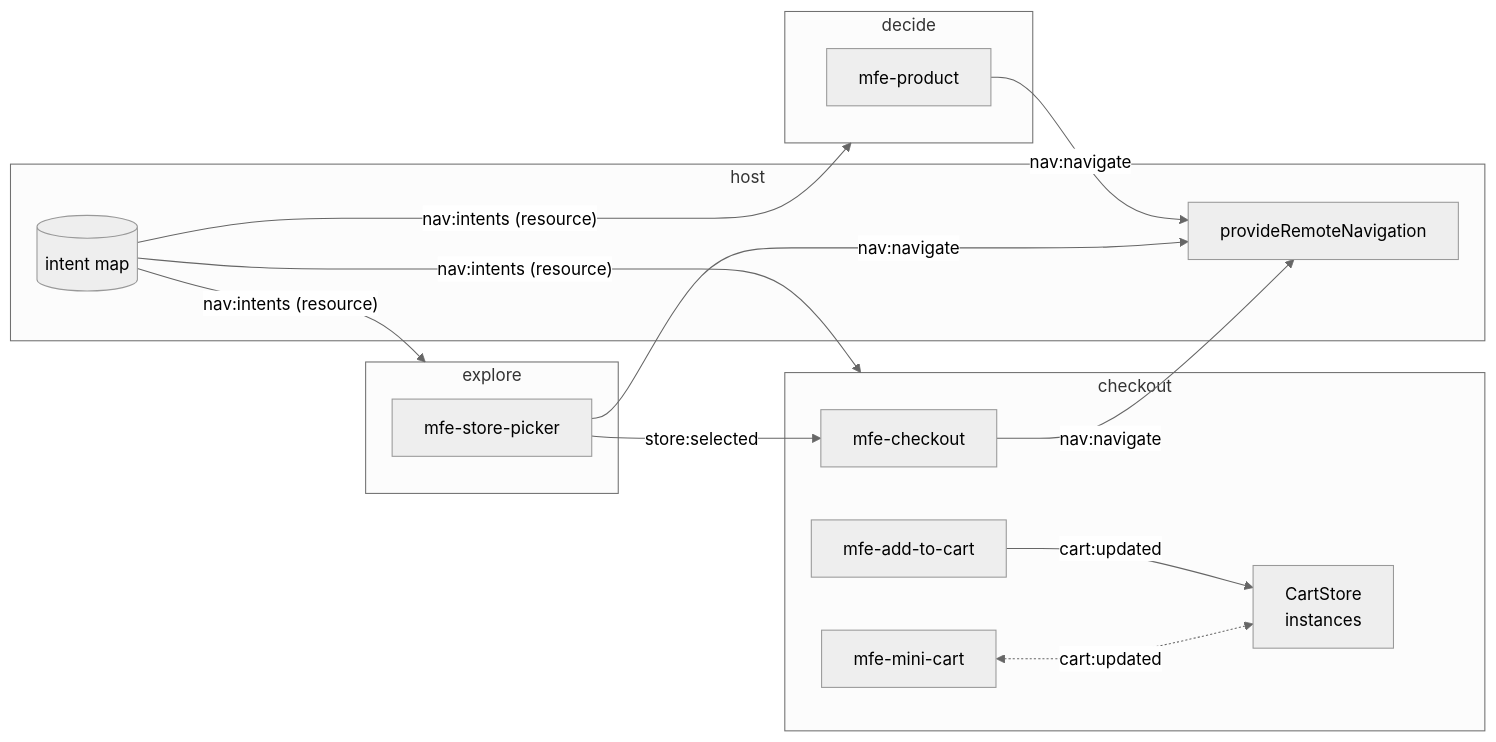
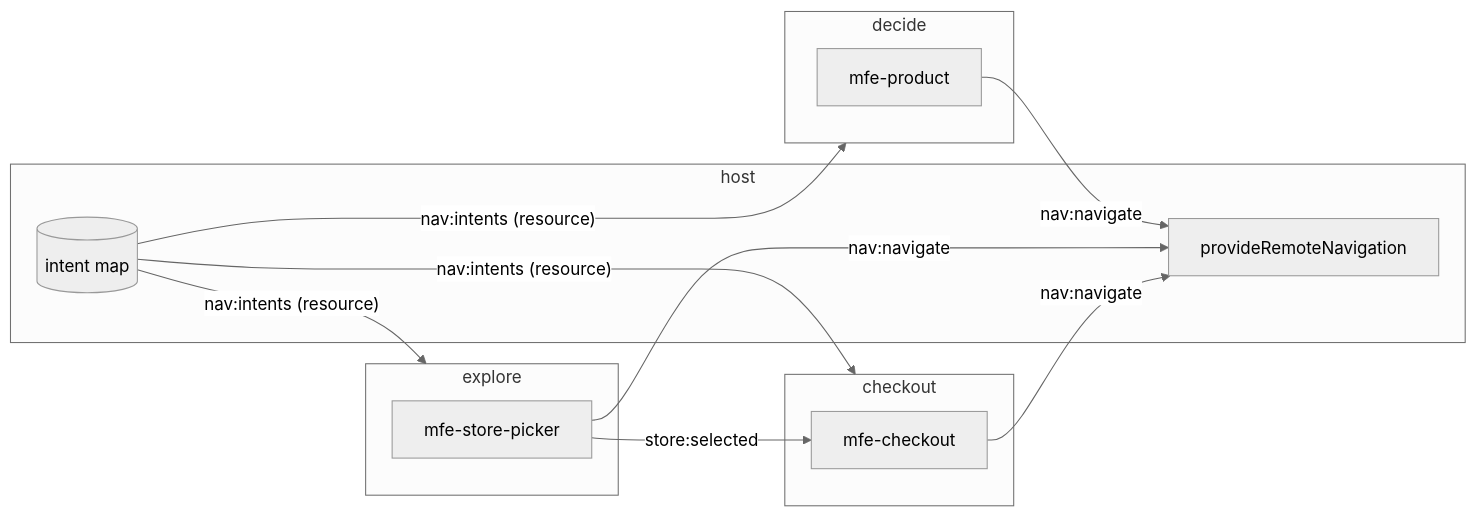
Before and after one commit to native-federation/playground: the third of 4 diagrams in angular/tractor-store/docs/architecture.md, drawn with Mermaid (neutral theme). The commit also changed other lines of this file and 8 other files, not shown here.

First line of the commit message:
refactor(tractor-store): remove the redundant cart:updated channel

````diff
--- a/angular/tractor-store/docs/architecture.md
+++ b/angular/tractor-store/docs/architecture.md
@@ -288,29 +288,24 @@
 ```mermaid
 flowchart LR
     subgraph Host["host"]
         SN[provideRemoteNavigation]
         NR[(intent map)]
     end
     subgraph Explore["explore"]
         SP[mfe-store-picker]
     end
     subgraph Decide["decide"]
         PD[mfe-product]
     end
     subgraph Checkout["checkout"]
         CO[mfe-checkout]
-        CS[CartStore<br/>instances]
-        MC[mfe-mini-cart]
-        AC[mfe-add-to-cart]
     end
 
     PD -- "nav:navigate" --> SN
     SP -- "nav:navigate" --> SN
     CO -- "nav:navigate" --> SN
     NR -- "nav:intents (resource)" --> Explore
     NR -- "nav:intents (resource)" --> Decide
     NR -- "nav:intents (resource)" --> Checkout
     SP -- "store:selected" --> CO
-    AC -- "cart:updated" --> CS
-    MC <-. "cart:updated" .-> CS
 ```
````
